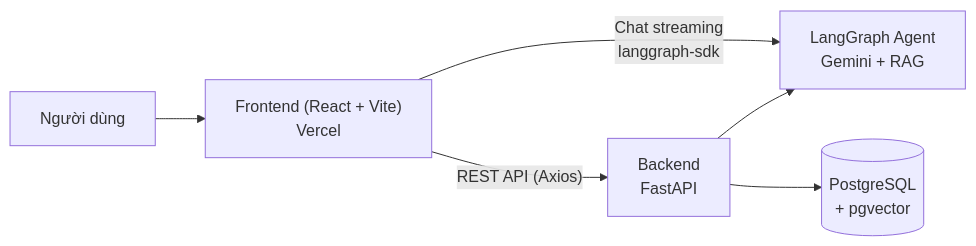
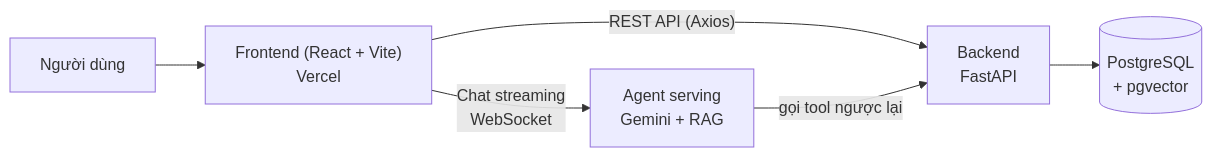
One commit to NguyenQuyenHacker/my_app_Front_end changed the diagram in README.md. Above: the diagram before and after it, drawn with Mermaid. The commit also changed other lines of this file, not shown here.

First line of the commit message:
docs: cập nhật README theo framework Agents SDK

````diff
--- a/README.md
+++ b/README.md
@@ -42,8 +42,8 @@
 ```mermaid
 flowchart LR
     U["Người dùng"] --> FE["Frontend (React + Vite)<br/>Vercel"]
     FE -- "REST API (Axios)" --> BE["Backend<br/>FastAPI"]
-    FE -- "Chat streaming<br/>langgraph-sdk" --> AG["LangGraph Agent<br/>Gemini + RAG"]
-    BE --> AG
+    FE -- "Chat streaming<br/>WebSocket" --> AG["Agent serving<br/>Gemini + RAG"]
+    AG -- "gọi tool ngược lại" --> BE
     BE --> DB[("PostgreSQL<br/>+ pgvector")]
 ```
````
